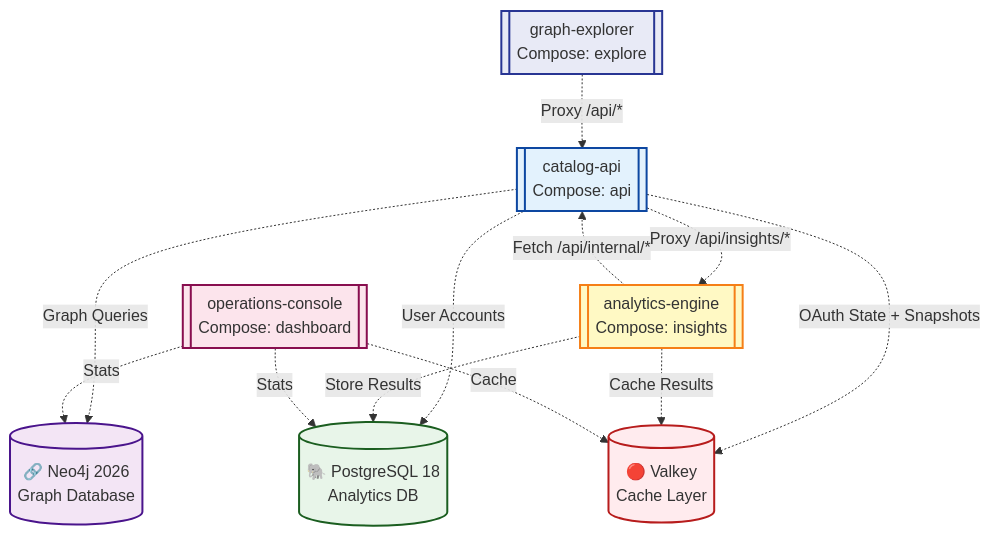
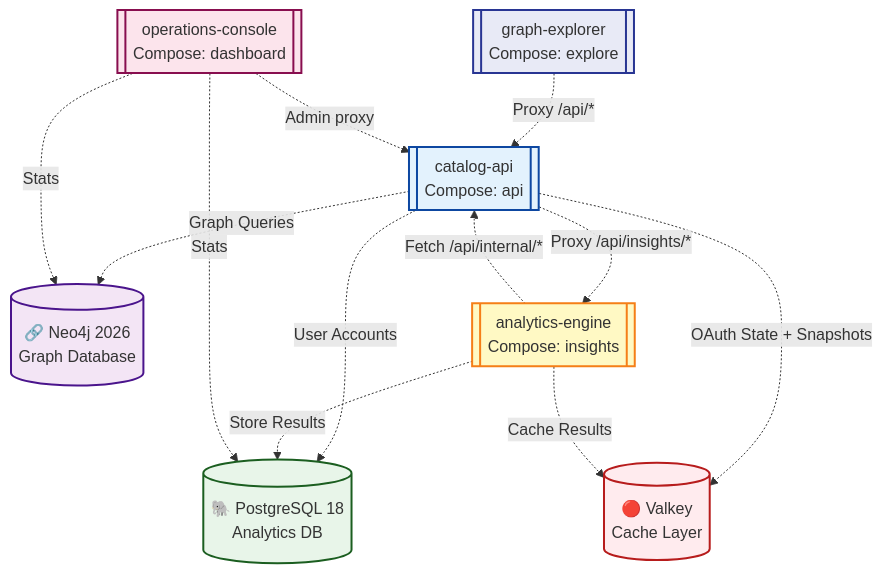
Before and after one commit to groovemap-music/deployment: the second of 7 diagrams in docs/architecture.md, drawn with Mermaid. The commit also changed other lines of this file and 17 other files, not shown here.

````diff
--- a/docs/architecture.md
+++ b/docs/architecture.md
@@ -128,34 +137,34 @@
 ```mermaid
 graph TD
     NEO4J[("🔗 Neo4j 2026<br/>Graph Database")]
     PG[("🐘 PostgreSQL 18<br/>Analytics DB")]
     VALKEY[("🔴 Valkey<br/>Cache Layer")]
 
     EXPLORE[["graph-explorer<br/>Compose: explore"]]
     API[["catalog-api<br/>Compose: api"]]
     INSIGHTS[["analytics-engine<br/>Compose: insights"]]
     DASH[["operations-console<br/>Compose: dashboard"]]
 
     EXPLORE -.->|Proxy /api/*| API
 
     API -.->|User Accounts| PG
     API -.->|Graph Queries| NEO4J
     API -.->|OAuth State + Snapshots| VALKEY
 
     API -.->|Proxy /api/insights/*| INSIGHTS
     INSIGHTS -.->|Fetch /api/internal/*| API
     INSIGHTS -.->|Store Results| PG
     INSIGHTS -.->|Cache Results| VALKEY
 
-    DASH -.->|Cache| VALKEY
+    DASH -.->|Admin proxy| API
     DASH -.->|Stats| NEO4J
     DASH -.->|Stats| PG
 
     style NEO4J fill:#f3e5f5,stroke:#4a148c,stroke-width:2px
     style PG fill:#e8f5e9,stroke:#1b5e20,stroke-width:2px
     style VALKEY fill:#ffebee,stroke:#b71c1c,stroke-width:2px
     style EXPLORE fill:#e8eaf6,stroke:#283593,stroke-width:2px
     style API fill:#e3f2fd,stroke:#0d47a1,stroke-width:2px
     style INSIGHTS fill:#fff9c4,stroke:#f57f17,stroke-width:2px
     style DASH fill:#fce4ec,stroke:#880e4f,stroke-width:2px
 ```
````
